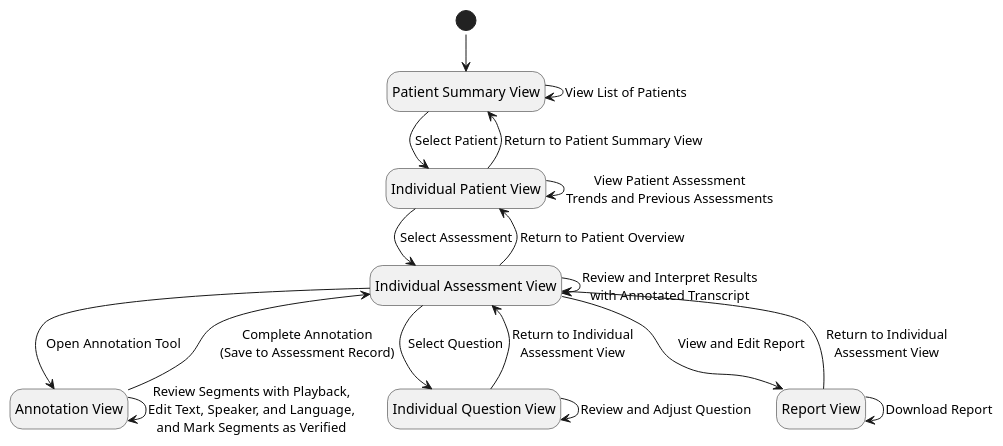
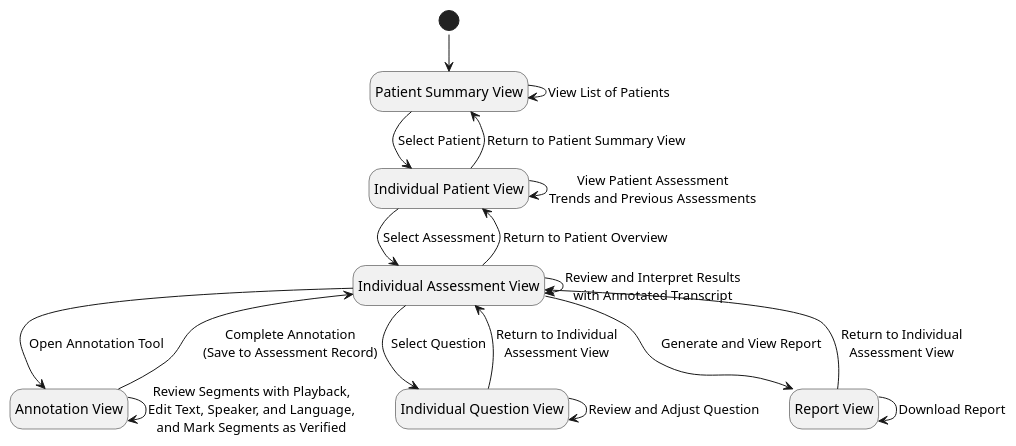
The diagram in docs/SRS/WorkflowB_State_Diagram.puml (Nour-Fawaz/MacaBoca), drawn with PlantUML before and after one commit. The commit also changed 3 other files, not shown here.

Commit message:
Add UML diagrams and update references for appendix C, add reflection

```diff
--- a/docs/SRS/WorkflowB_State_Diagram.puml
+++ b/docs/SRS/WorkflowB_State_Diagram.puml
@@ -1,32 +1,32 @@
 @startuml WorkflowB_State_Diagram
 !pragma layout smetana
 hide empty description
 
 state "Patient Summary View" as Summary
 state "Individual Patient View" as Patient
 state "Individual Assessment View" as Assessment
 state "Annotation View" as Annotation
 state "Individual Question View" as Question
 state "Report View" as Report
 
 [*] --> Summary
 Summary --> Summary : View List of Patients
 Summary --> Patient : Select Patient
 Patient --> Summary : Return to Patient Summary View
 Patient --> Patient : View Patient Assessment\nTrends and Previous Assessments
 Patient --> Assessment : Select Assessment
 Assessment --> Patient : Return to Patient Overview
 
 Assessment --> Annotation : Open Annotation Tool
 Annotation --> Annotation : Review Segments with Playback,\nEdit Text, Speaker, and Language,\nand Mark Segments as Verified
 Annotation --> Assessment : Complete Annotation\n(Save to Assessment Record)
 
 Assessment --> Assessment : Review and Interpret Results\nwith Annotated Transcript
 Assessment --> Question : Select Question
 Question --> Question : Review and Adjust Question
 Question --> Assessment : Return to Individual\nAssessment View
 
-Assessment --> Report : View and Edit Report
+Assessment --> Report : Generate and View Report
 Report --> Report : Download Report
 Report --> Assessment : Return to Individual\nAssessment View
 @enduml
```
